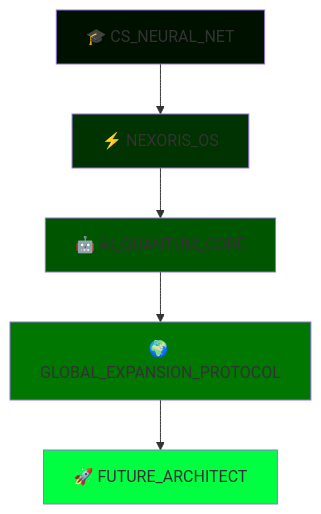
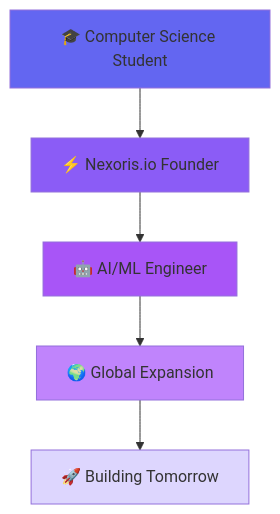
Before and after one commit to gooseprime/gooseprime: the first of 7 diagrams in README.md, drawn with Mermaid. The commit also changed other lines of this file, not shown here.

````diff
--- a/README.md
+++ b/README.md
@@ -23,13 +23,13 @@
 ```mermaid
 graph TD
-    A[🎓 CS_NEURAL_NET] --> B[⚡ NEXORIS_OS]
-    B --> C[🤖 AI_QUANTUM_CORE]
-    C --> D[🌍 GLOBAL_EXPANSION_PROTOCOL]
-    D --> E[🚀 FUTURE_ARCHITECT]
+    A[🎓 Computer Science Student] --> B[⚡ Nexoris.io Founder]
+    B --> C[🤖 AI/ML Engineer]
+    C --> D[🌍 Global Expansion]
+    D --> E[🚀 Building Tomorrow]
     
-    style A fill:#001100
-    style B fill:#003300
-    style C fill:#005500
-    style D fill:#007700
-    style E fill:#00FF41
+    style A fill:#6366F1
+    style B fill:#8B5CF6
+    style C fill:#A855F7
+    style D fill:#C084FC
+    style E fill:#DDD6FE
 ```
````
